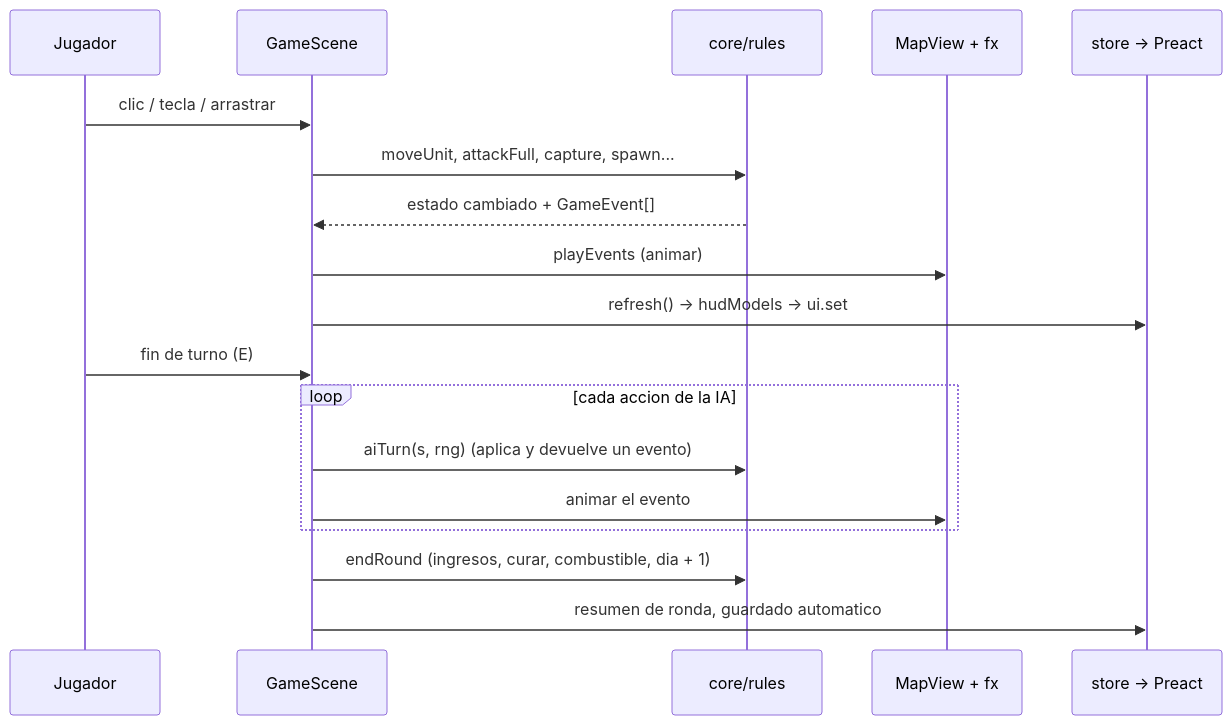
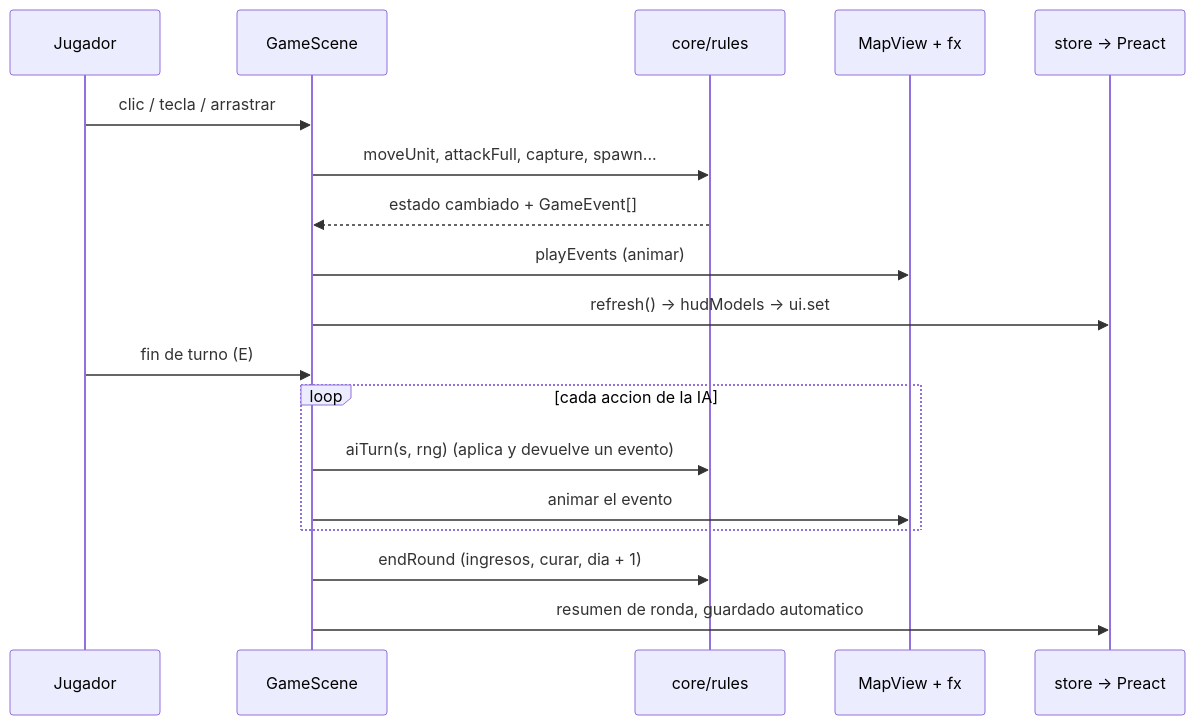
Before and after one commit to uSources/ilogic-remake: the second of 2 diagrams in docs/ARQUITECTURA.md, drawn with Mermaid. The commit also changed 38 other files, not shown here.

````diff
--- a/docs/ARQUITECTURA.md
+++ b/docs/ARQUITECTURA.md
@@ -53,20 +53,20 @@
 ```mermaid
 sequenceDiagram
   participant J as Jugador
   participant G as GameScene
   participant R as core/rules
   participant V as MapView + fx
   participant H as store → Preact
   J->>G: clic / tecla / arrastrar
   G->>R: moveUnit, attackFull, capture, spawn...
   R-->>G: estado cambiado + GameEvent[]
   G->>V: playEvents (animar)
   G->>H: refresh() → hudModels → ui.set
   J->>G: fin de turno (E)
   loop cada accion de la IA
     G->>R: aiTurn(s, rng) (aplica y devuelve un evento)
     G->>V: animar el evento
   end
-  G->>R: endRound (ingresos, curar, combustible, dia + 1)
+  G->>R: endRound (ingresos, curar, dia + 1)
   G->>H: resumen de ronda, guardado automatico
 ```
````
